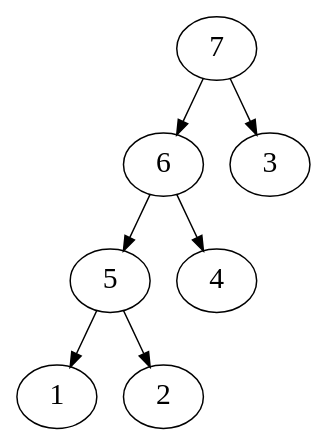
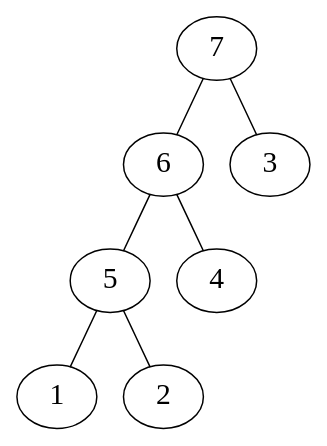
The diagram in pickChildren/top.dot (EvolBioInf/biobox), drawn with Graphviz before and after one commit. The commit also changed 7 other files, not shown here.

```diff
--- a/pickChildren/top.dot
+++ b/pickChildren/top.dot
@@ -1,9 +1,10 @@
 digraph g {
    node [fontsize=20]
+   edge [arrowhead="none"]
    5 -> 1
    5 -> 2
    6 -> 5
    6 -> 4
    7 -> 6
    7 -> 3
 } 
```
